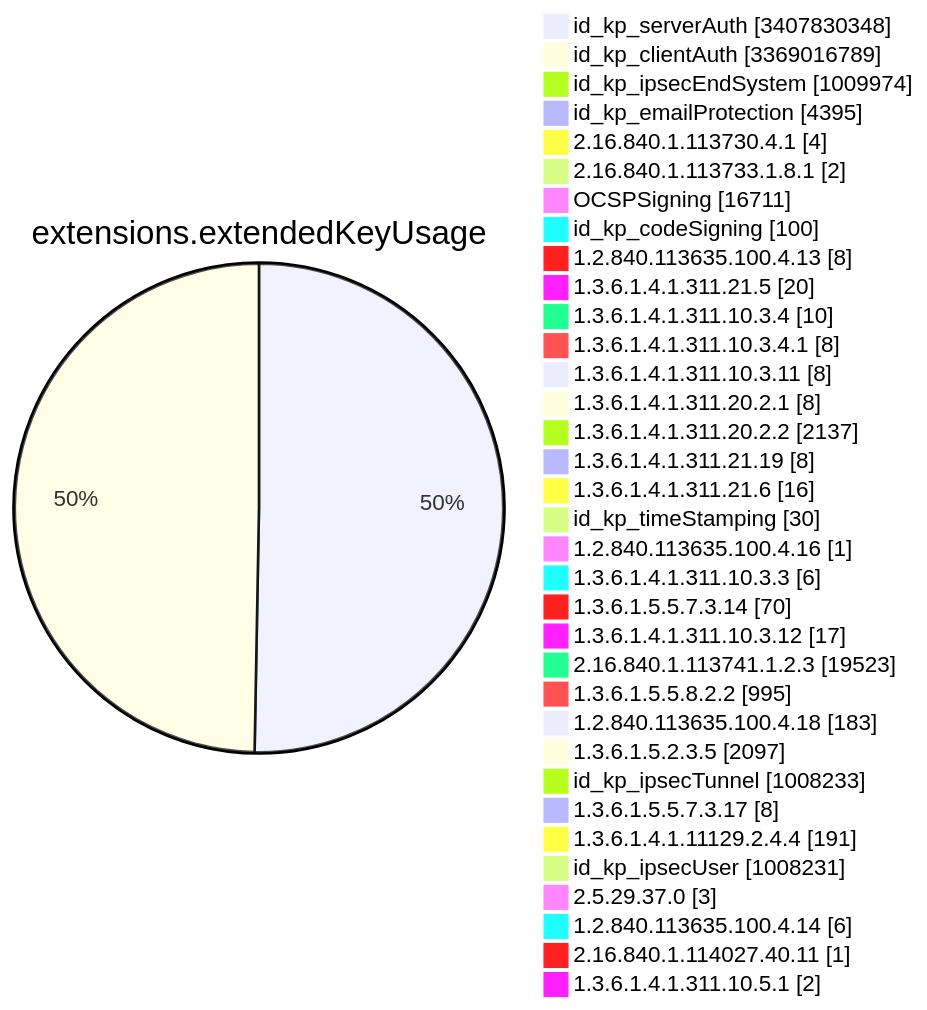
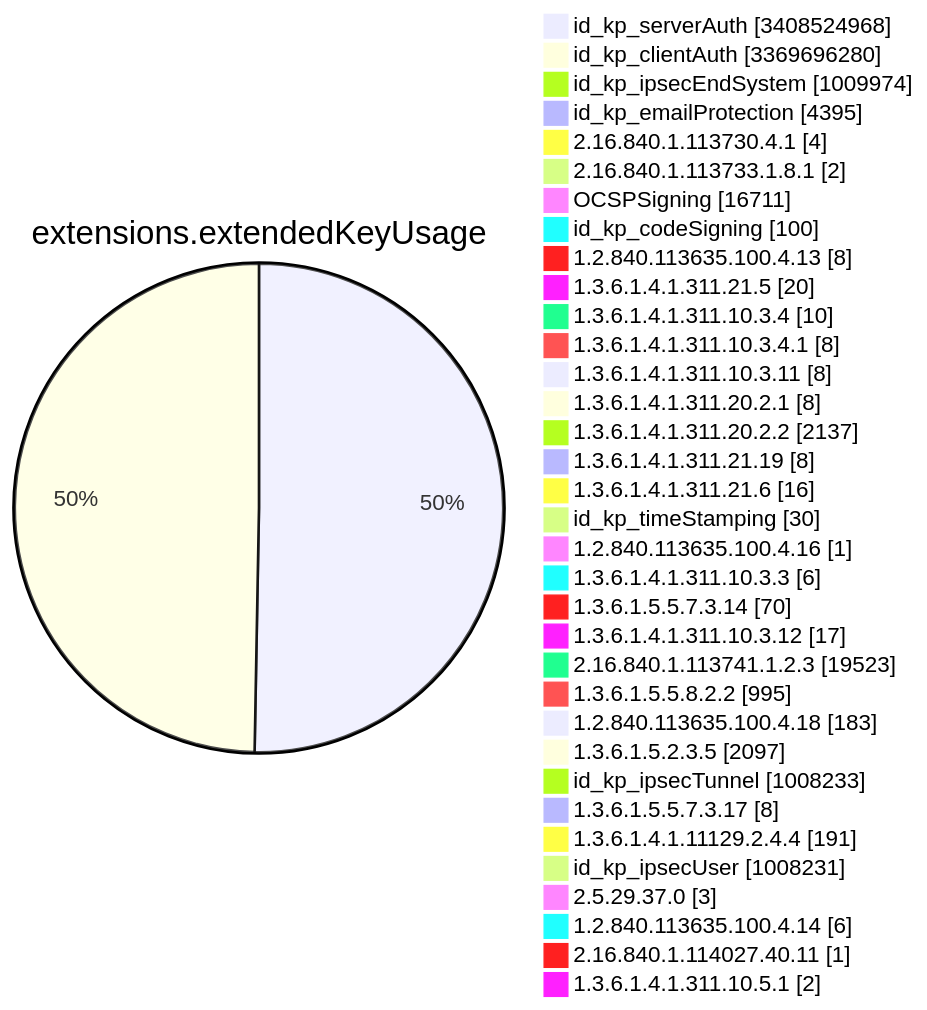
One commit to christiankrug/ctmonitor_visualization changed diagram 11 of 15 in TOTAL/README.md. Above: the diagram before and after it, drawn with Mermaid. The commit also changed other lines of this file, not shown here.

````diff
--- a/TOTAL/README.md
+++ b/TOTAL/README.md
@@ -4121,38 +4121,38 @@
 ```mermaid
 pie showData
 title extensions.extendedKeyUsage
-"id_kp_serverAuth" :3407830348
-"id_kp_clientAuth" :3369016789
+"id_kp_serverAuth" :3408524968
+"id_kp_clientAuth" :3369696280
 "id_kp_ipsecEndSystem" :1009974
 "id_kp_emailProtection" :4395
 "2.16.840.1.113730.4.1" :4
 "2.16.840.1.113733.1.8.1" :2
 "OCSPSigning" :16711
 "id_kp_codeSigning" :100
 "1.2.840.113635.100.4.13" :8
 "1.3.6.1.4.1.311.21.5" :20
 "1.3.6.1.4.1.311.10.3.4" :10
 "1.3.6.1.4.1.311.10.3.4.1" :8
 "1.3.6.1.4.1.311.10.3.11" :8
 "1.3.6.1.4.1.311.20.2.1" :8
 "1.3.6.1.4.1.311.20.2.2" :2137
 "1.3.6.1.4.1.311.21.19" :8
 "1.3.6.1.4.1.311.21.6" :16
 "id_kp_timeStamping" :30
 "1.2.840.113635.100.4.16" :1
 "1.3.6.1.4.1.311.10.3.3" :6
 "1.3.6.1.5.5.7.3.14" :70
 "1.3.6.1.4.1.311.10.3.12" :17
 "2.16.840.1.113741.1.2.3" :19523
 "1.3.6.1.5.5.8.2.2" :995
 "1.2.840.113635.100.4.18" :183
 "1.3.6.1.5.2.3.5" :2097
 "id_kp_ipsecTunnel" :1008233
 "1.3.6.1.5.5.7.3.17" :8
 "1.3.6.1.4.1.11129.2.4.4" :191
 "id_kp_ipsecUser" :1008231
 "2.5.29.37.0" :3
 "1.2.840.113635.100.4.14" :6
 "2.16.840.1.114027.40.11" :1
 "1.3.6.1.4.1.311.10.5.1" :2
 ```
````
